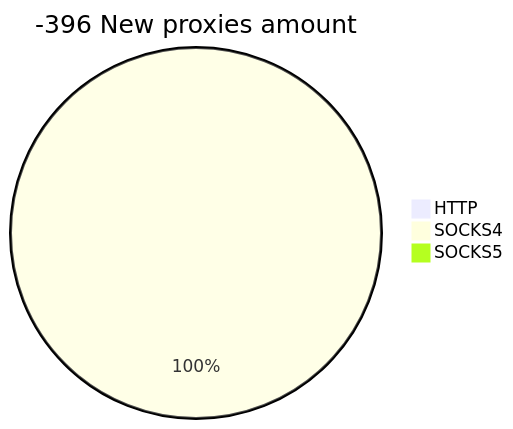
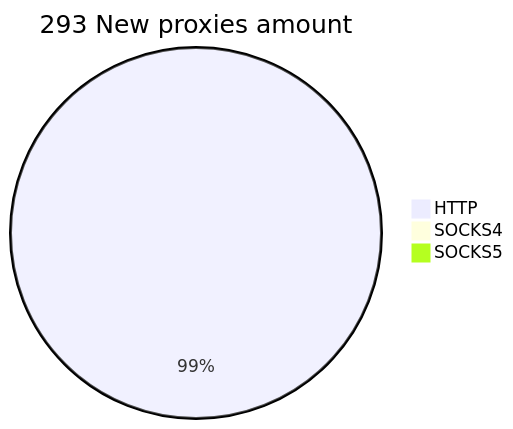
One commit to cutipu/proxylist changed the second of 2 diagrams in README.md. Above: the diagram before and after it, drawn with Mermaid. The commit also changed other lines of this file, not shown here.

````diff
--- a/README.md
+++ b/README.md
@@ -10,6 +10,6 @@
 ```mermaid
-pie title -396 New proxies amount
-    "HTTP" : 0
-    "SOCKS4" : 2
+pie title 293 New proxies amount
+    "HTTP" : 399
+    "SOCKS4" : 3
     "SOCKS5" : 0
 ```
````
